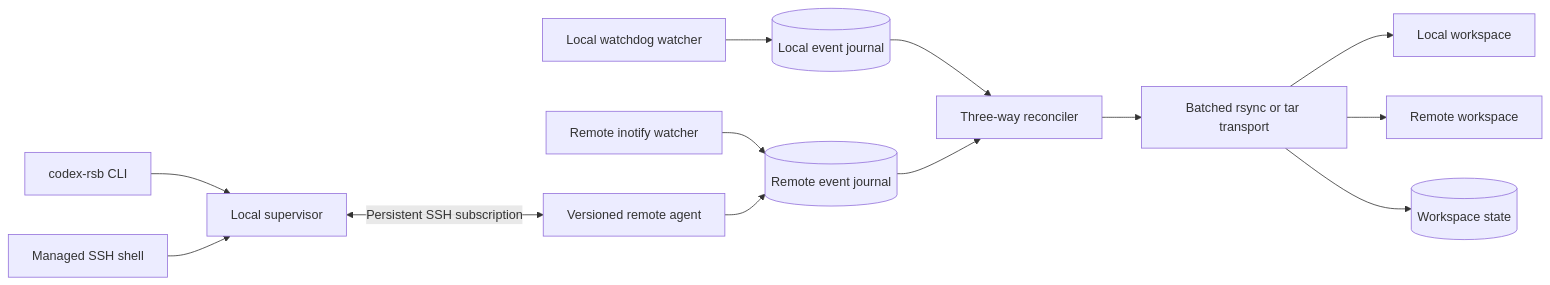
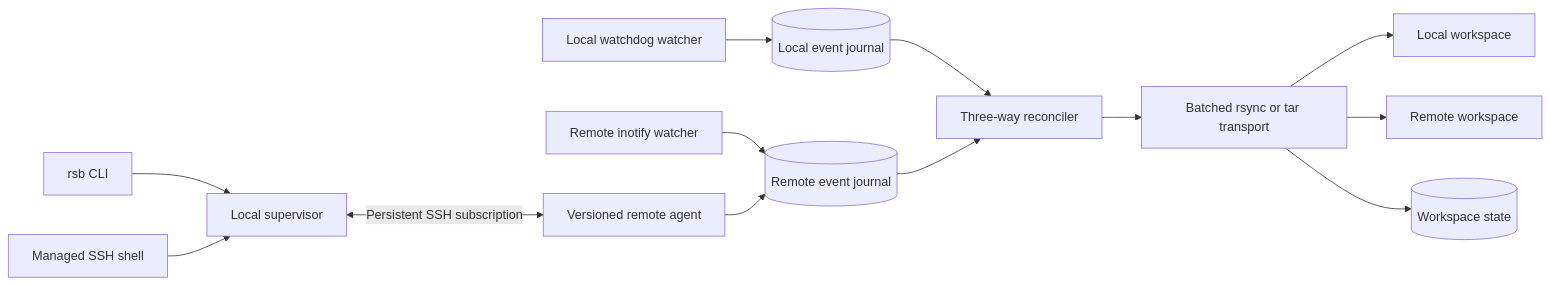
Before and after one commit to jiang7f/remote-sandbox-cli: the diagram in docs/superpowers/specs/2026-07-10-remote-sandbox-redesign-design.md, drawn with Mermaid. The commit also changed other lines of this file and 53 other files, not shown here.

````diff
--- a/docs/superpowers/specs/2026-07-10-remote-sandbox-redesign-design.md
+++ b/docs/superpowers/specs/2026-07-10-remote-sandbox-redesign-design.md
@@ -112,15 +112,15 @@
 ```mermaid
 flowchart LR
-    CLI["codex-rsb CLI"] --> Supervisor["Local supervisor"]
+    CLI["rsb CLI"] --> Supervisor["Local supervisor"]
     Shell["Managed SSH shell"] --> Supervisor
     LocalWatch["Local watchdog watcher"] --> LocalJournal[("Local event journal")]
     RemoteWatch["Remote inotify watcher"] --> RemoteJournal[("Remote event journal")]
     Supervisor <-->|"Persistent SSH subscription"| RemoteAgent["Versioned remote agent"]
     RemoteAgent --> RemoteJournal
     LocalJournal --> Reconciler["Three-way reconciler"]
     RemoteJournal --> Reconciler
     Reconciler --> Transport["Batched rsync or tar transport"]
     Transport --> LocalRoot["Local workspace"]
     Transport --> RemoteRoot["Remote workspace"]
     Transport --> State[("Workspace state")]
 ```
````
